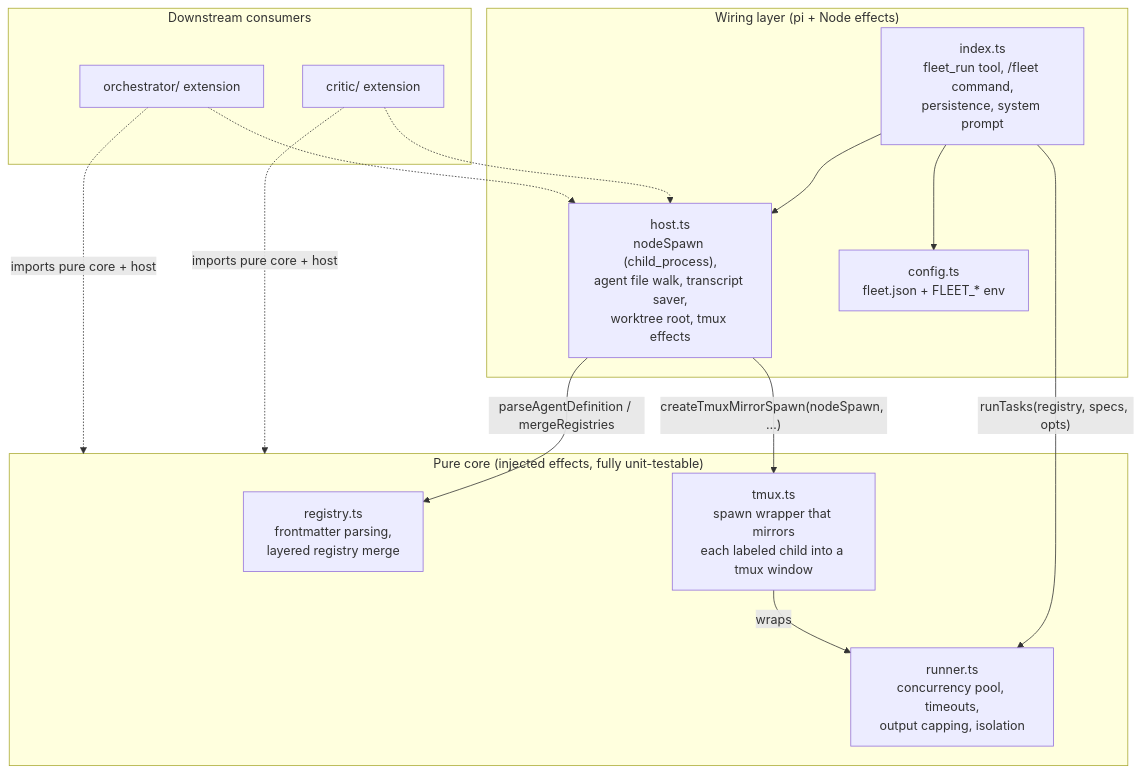
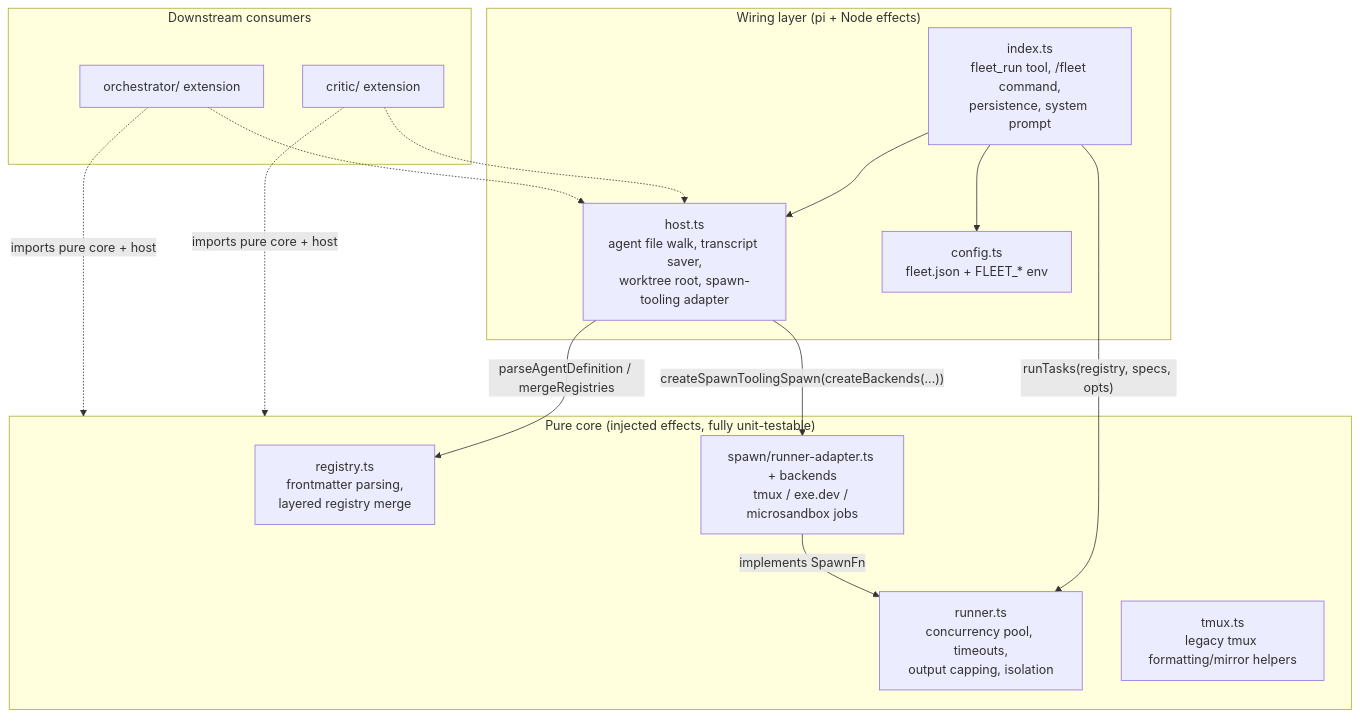
One commit to ulvestuen/pi-kit changed the first of 10 diagrams in docs/fleet-architecture.md. Above: the diagram before and after it, drawn with Mermaid. The commit also changed other lines of this file and 20 other files, not shown here.

Commit message:
Fix agent spawn

````diff
--- a/docs/fleet-architecture.md
+++ b/docs/fleet-architecture.md
@@ -38,30 +39,31 @@
 ```mermaid
 flowchart TB
     subgraph wiring["Wiring layer (pi + Node effects)"]
         index["index.ts<br/>fleet_run tool, /fleet command,<br/>persistence, system prompt"]
-        host["host.ts<br/>nodeSpawn (child_process),<br/>agent file walk, transcript saver,<br/>worktree root, tmux effects"]
+        host["host.ts<br/>agent file walk, transcript saver,<br/>worktree root, spawn-tooling adapter"]
         config["config.ts<br/>fleet.json + FLEET_* env"]
     end
 
     subgraph core["Pure core (injected effects, fully unit-testable)"]
         registry["registry.ts<br/>frontmatter parsing,<br/>layered registry merge"]
         runner["runner.ts<br/>concurrency pool, timeouts,<br/>output capping, isolation"]
-        tmux["tmux.ts<br/>spawn wrapper that mirrors<br/>each labeled child into a tmux window"]
+        tmux["tmux.ts<br/>legacy tmux formatting/mirror helpers"]
+        spawn["spawn/runner-adapter.ts + backends<br/>tmux / exe.dev / microsandbox jobs"]
     end
 
     subgraph consumers["Downstream consumers"]
         critic["critic/ extension"]
         orch["orchestrator/ extension"]
     end
 
     index --> host
     index --> config
     index -->|"runTasks(registry, specs, opts)"| runner
     host -->|"parseAgentDefinition / mergeRegistries"| registry
-    host -->|"createTmuxMirrorSpawn(nodeSpawn, …)"| tmux
-    tmux -->|"wraps"| runner
+    host -->|"createSpawnToolingSpawn(createBackends(...))"| spawn
+    spawn -->|"implements SpawnFn"| runner
     critic -.->|"imports pure core + host"| core
     orch -.->|"imports pure core + host"| core
     critic -.-> host
     orch -.-> host
 ```
````
